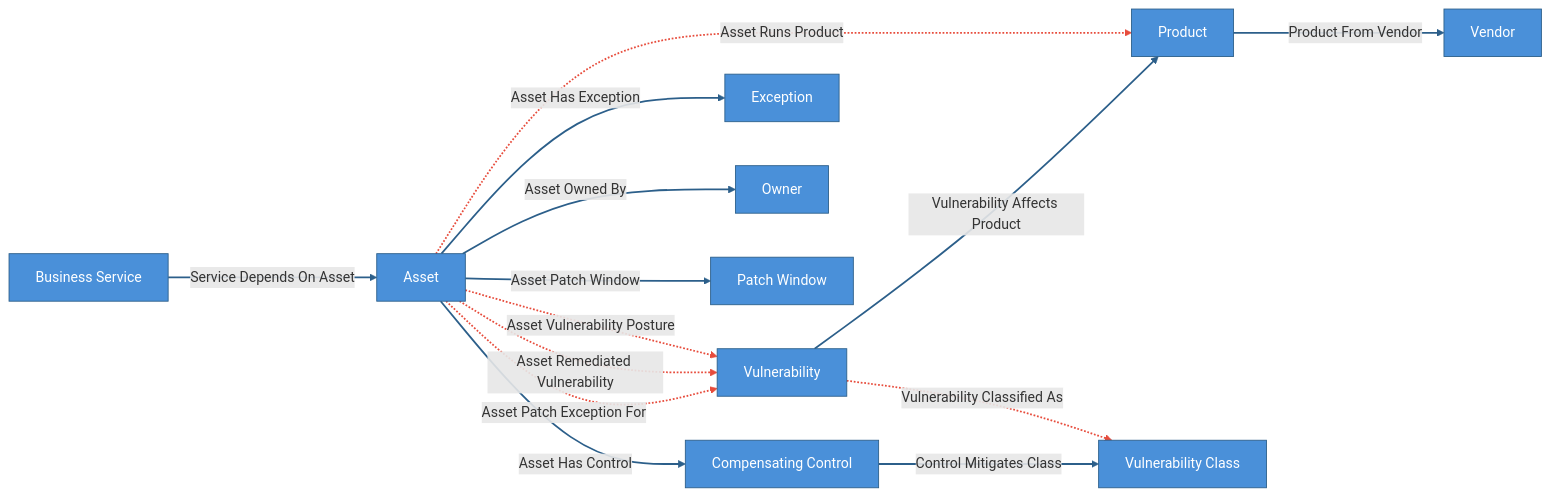
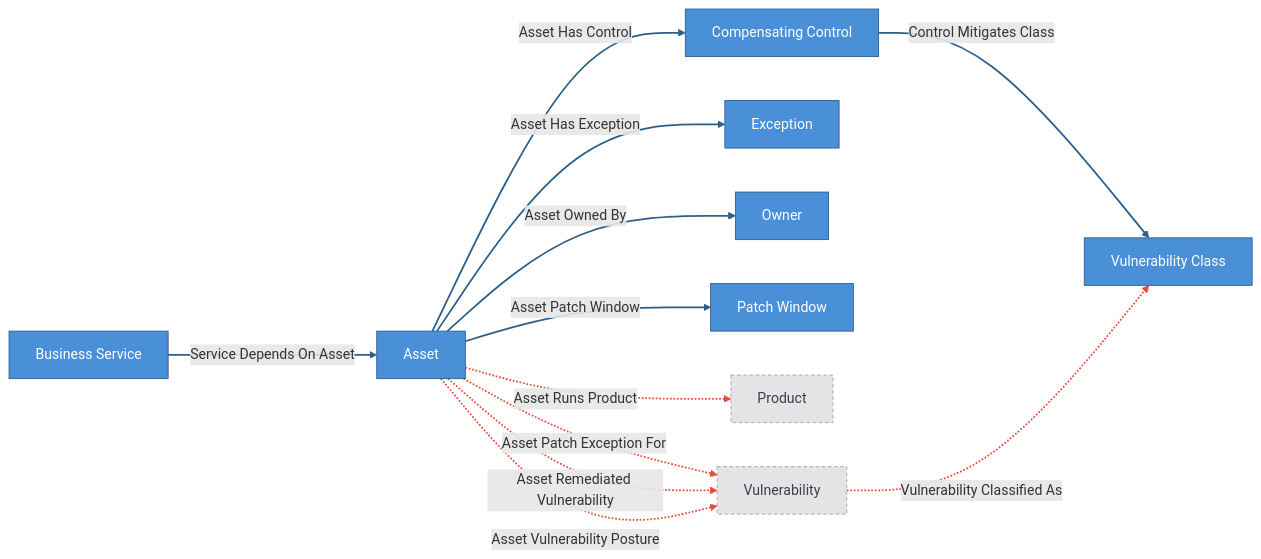
One commit to cruxible-ai/cruxible changed the first of 3 diagrams in kits/kev-triage/README.md. Above: the diagram before and after it, drawn with Mermaid. The commit also changed other lines of this file and 11 other files, not shown here.

````diff
--- a/kits/kev-triage/README.md
+++ b/kits/kev-triage/README.md
@@ -40,36 +40,35 @@
 ```mermaid
 flowchart LR
   classDef canonicalEntity fill:#4a90d9,stroke:#2c5f8a,color:#fff
   classDef governedEntity fill:#e67e22,stroke:#a0521c,color:#fff
+  classDef baseEntity fill:#e4e4e7,stroke:#a1a1aa,color:#3f3f46,stroke-dasharray: 4 3
 
   entity_Asset["Asset"]
   entity_BusinessService["Business Service"]
   entity_CompensatingControl["Compensating Control"]
   entity_Exception["Exception"]
   entity_Owner["Owner"]
   entity_PatchWindow["Patch Window"]
   entity_Product["Product"]
-  entity_Vendor["Vendor"]
   entity_Vulnerability["Vulnerability"]
   entity_VulnerabilityClass["Vulnerability Class"]
-  class entity_Asset,entity_BusinessService,entity_CompensatingControl,entity_Exception,entity_Owner,entity_PatchWindow,entity_Product,entity_Vendor,entity_Vulnerability,entity_VulnerabilityClass canonicalEntity
+  class entity_Asset,entity_BusinessService,entity_CompensatingControl,entity_Exception,entity_Owner,entity_PatchWindow,entity_VulnerabilityClass canonicalEntity
+  class entity_Product,entity_Vulnerability baseEntity
 
   %% Deterministic canonical relationships
   entity_Asset -- "Asset Has Control" --> entity_CompensatingControl
   entity_Asset -- "Asset Has Exception" --> entity_Exception
   entity_Asset -- "Asset Owned By" --> entity_Owner
   entity_Asset -- "Asset Patch Window" --> entity_PatchWindow
   entity_CompensatingControl -- "Control Mitigates Class" --> entity_VulnerabilityClass
-  entity_Product -- "Product From Vendor" --> entity_Vendor
   entity_BusinessService -- "Service Depends On Asset" --> entity_Asset
-  entity_Vulnerability -- "Vulnerability Affects Product" --> entity_Product
 
   %% Governed proposal/review relationships
   entity_Asset -. "Asset Patch Exception For" .-> entity_Vulnerability
   entity_Asset -. "Asset Remediated Vulnerability" .-> entity_Vulnerability
   entity_Asset -. "Asset Runs Product" .-> entity_Product
   entity_Asset -. "Asset Vulnerability Posture" .-> entity_Vulnerability
   entity_Vulnerability -. "Vulnerability Classified As" .-> entity_VulnerabilityClass
-  linkStyle 0,1,2,3,4,5,6,7 stroke:#2c5f8a,stroke-width:2px
-  linkStyle 8,9,10,11,12 stroke:#e74c3c,stroke-width:2px
+  linkStyle 0,1,2,3,4,5 stroke:#2c5f8a,stroke-width:2px
+  linkStyle 6,7,8,9,10 stroke:#e74c3c,stroke-width:2px
 ```
````
